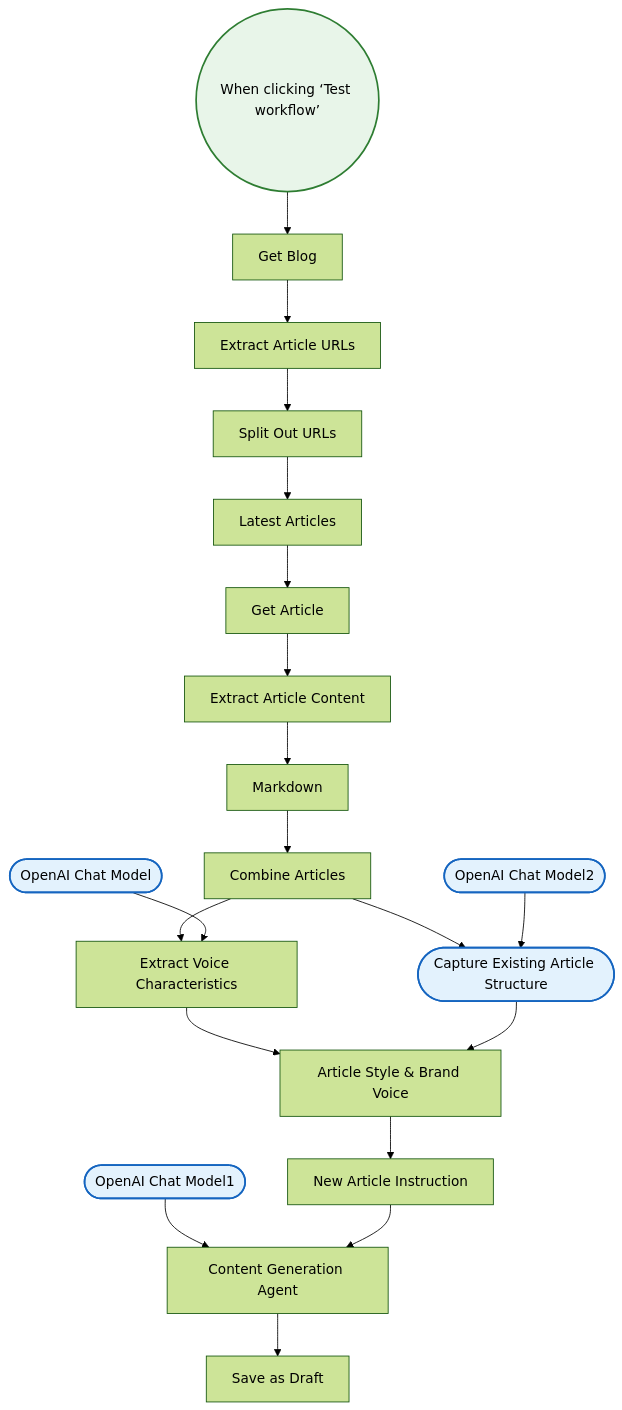
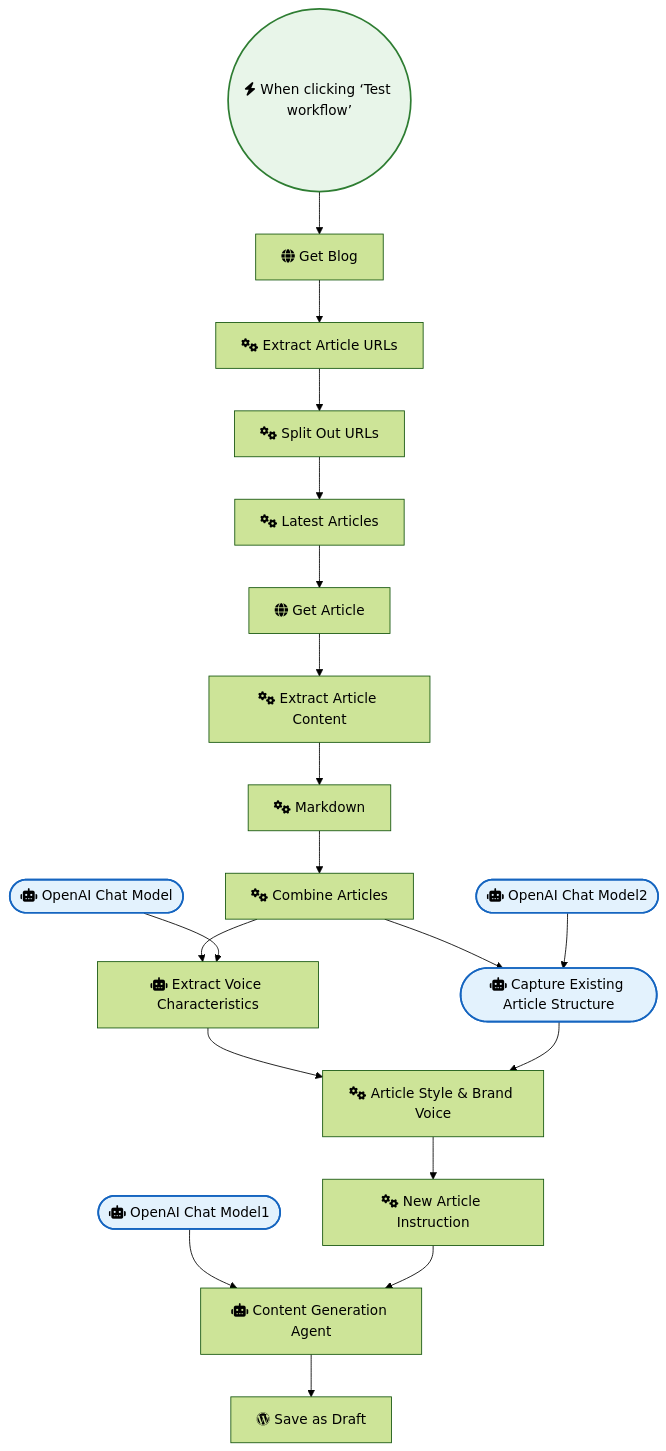
The diagram in WordPress/Automate Blog Creation in Brand Voice with AI.md (sreyash3105/N8N-DEMO-AUTOMATIONS), drawn with Mermaid (forest theme) before and after one commit. The commit also changed 291 other files, not shown here.

````diff
--- a/WordPress/Automate Blog Creation in Brand Voice with AI.md
+++ b/WordPress/Automate Blog Creation in Brand Voice with AI.md
@@ -1,44 +1,44 @@
 ```mermaid
 graph TD
     classDef trigger fill:#e8f5e9,stroke:#2e7d32,stroke-width:2px;
     classDef ai fill:#e3f2fd,stroke:#1565c0,stroke-width:2px;
     classDef logic fill:#fff3e0,stroke:#ef6c00,stroke-width:2px;
 
-    When_clicking__Test_workflow_(("When clicking ‘Test workflow’")):::trigger
-    OpenAI_Chat_Model(["OpenAI Chat Model"]):::ai
-    OpenAI_Chat_Model1(["OpenAI Chat Model1"]):::ai
-    OpenAI_Chat_Model2(["OpenAI Chat Model2"]):::ai
-    Extract_Voice_Characteristics["Extract Voice Characteristics"]
-    Get_Blog["Get Blog"]
-    Get_Article["Get Article"]
-    Extract_Article_URLs["Extract Article URLs"]
-    Split_Out_URLs["Split Out URLs"]
-    Latest_Articles["Latest Articles"]
-    Extract_Article_Content["Extract Article Content"]
-    Combine_Articles["Combine Articles"]
-    Article_Style___Brand_Voice["Article Style & Brand Voice"]
-    Save_as_Draft["Save as Draft"]
-    Capture_Existing_Article_Structure(["Capture Existing Article Structure"]):::ai
-    Markdown["Markdown"]
-    Content_Generation_Agent["Content Generation Agent"]
-    New_Article_Instruction["New Article Instruction"]
+    When_clicking__Test_workflow_(("fas:fa-bolt When clicking ‘Test workflow’")):::trigger
+    OpenAI_Chat_Model(["fas:fa-robot OpenAI Chat Model"]):::ai
+    OpenAI_Chat_Model1(["fas:fa-robot OpenAI Chat Model1"]):::ai
+    OpenAI_Chat_Model2(["fas:fa-robot OpenAI Chat Model2"]):::ai
+    Extract_Voice_Characteristics["fas:fa-robot Extract Voice Characteristics"]
+    Get_Blog["fas:fa-globe Get Blog"]
+    Get_Article["fas:fa-globe Get Article"]
+    Extract_Article_URLs["fas:fa-cogs Extract Article URLs"]
+    Split_Out_URLs["fas:fa-cogs Split Out URLs"]
+    Latest_Articles["fas:fa-cogs Latest Articles"]
+    Extract_Article_Content["fas:fa-cogs Extract Article Content"]
+    Combine_Articles["fas:fa-cogs Combine Articles"]
+    Article_Style___Brand_Voice["fas:fa-cogs Article Style & Brand Voice"]
+    Save_as_Draft["fab:fa-wordpress Save as Draft"]
+    Capture_Existing_Article_Structure(["fas:fa-robot Capture Existing Article Structure"]):::ai
+    Markdown["fas:fa-cogs Markdown"]
+    Content_Generation_Agent["fas:fa-robot Content Generation Agent"]
+    New_Article_Instruction["fas:fa-cogs New Article Instruction"]
 
     Get_Blog --> Extract_Article_URLs
     Markdown --> Combine_Articles
     Get_Article --> Extract_Article_Content
     Split_Out_URLs --> Latest_Articles
     Latest_Articles --> Get_Article
     Combine_Articles --> Capture_Existing_Article_Structure
     Combine_Articles --> Extract_Voice_Characteristics
     OpenAI_Chat_Model --> Extract_Voice_Characteristics
     OpenAI_Chat_Model1 --> Content_Generation_Agent
     OpenAI_Chat_Model2 --> Capture_Existing_Article_Structure
     Extract_Article_URLs --> Split_Out_URLs
     Extract_Article_Content --> Markdown
     New_Article_Instruction --> Content_Generation_Agent
     Content_Generation_Agent --> Save_as_Draft
     Article_Style___Brand_Voice --> New_Article_Instruction
     Extract_Voice_Characteristics --> Article_Style___Brand_Voice
     When_clicking__Test_workflow_ --> Get_Blog
     Capture_Existing_Article_Structure --> Article_Style___Brand_Voice
 ```
````
